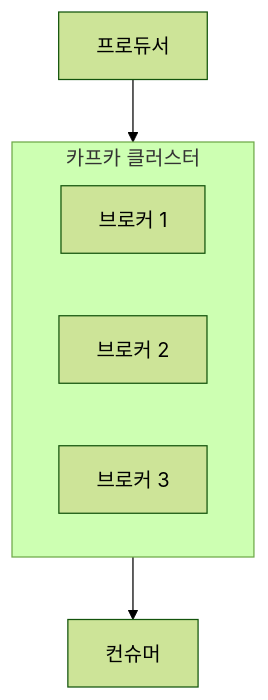
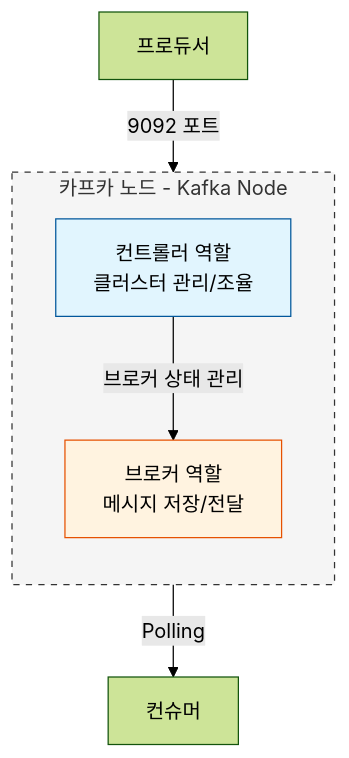
Before and after one commit to muzzaiwork/kafka: the third of 4 diagrams in 03-architecture/Architecture.md, drawn with Mermaid (forest theme). The commit also changed other lines of this file and 2 other files, not shown here.

Commit message:
docs: fix broken mermaid diagrams by simplifying structure and avoiding reserved words

````diff
--- a/03-architecture/Architecture.md
+++ b/03-architecture/Architecture.md
@@ -109,11 +130,16 @@
 ```mermaid
 graph TD
-    subgraph KafkaCluster [카프카 클러스터]
-        B1[브로커 1]
-        B2[브로커 2]
-        B3[브로커 3]
+    subgraph KafkaNode [카프카 노드 - Kafka Node]
+        direction TB
+        C[컨트롤러 역할<br/>클러스터 관리/조율]
+        B[브로커 역할<br/>메시지 저장/전달]
     end
 
-    P[프로듀서] --> KafkaCluster
-    KafkaCluster --> C[컨슈머]
+    P[프로듀서] -- "9092 포트" --> B
+    C -- "브로커 상태 관리" --> B
+    B -- "Polling" --> Cons[컨슈머]
+
+    style C fill:#e1f5fe,stroke:#01579b
+    style B fill:#fff3e0,stroke:#e65100
+    style KafkaNode fill:#f5f5f5,stroke:#333,stroke-dasharray: 5 5
 ```
````
